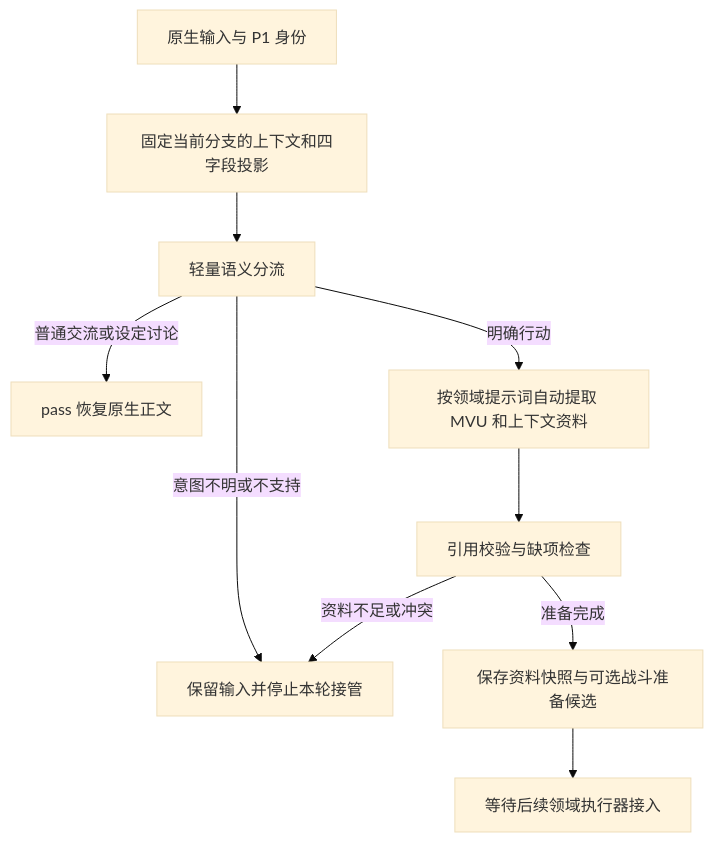
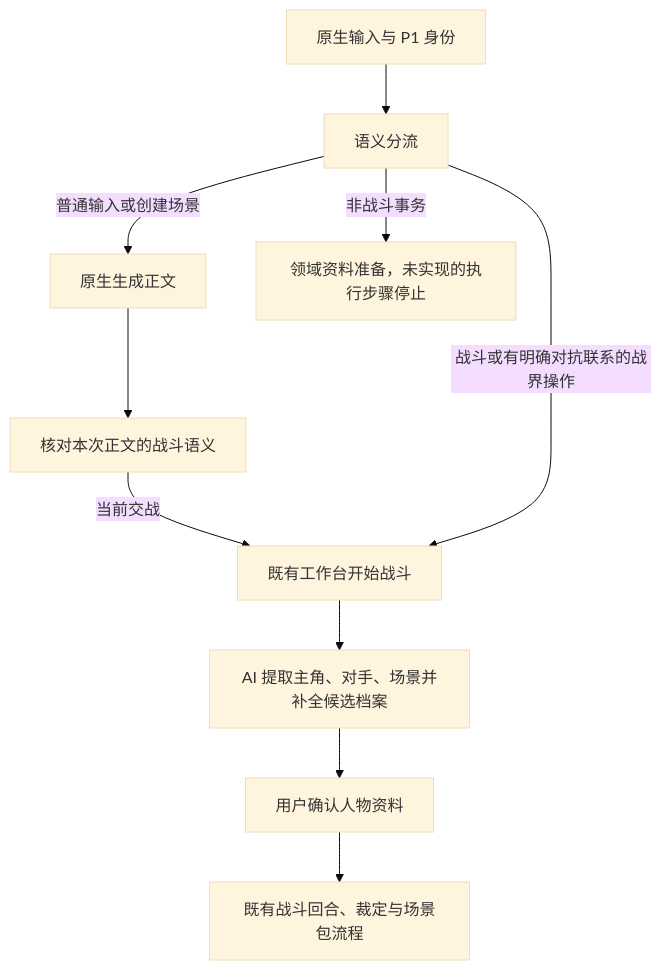
One commit to paff67/st-xybattle-sys changed the diagram in docs/event-automatic-preparation.md. Above: the diagram before and after it, drawn with Mermaid (base theme). The commit also changed other lines of this file and 48 other files, not shown here.

````diff
--- a/docs/event-automatic-preparation.md
+++ b/docs/event-automatic-preparation.md
@@ -40,12 +40,12 @@
 ```mermaid
 flowchart TD
-    A[原生输入与 P1 身份] --> B[固定当前分支的上下文和四字段投影]
-    B --> C[轻量语义分流]
-    C -->|普通交流或设定讨论| D[pass 恢复原生正文]
-    C -->|明确行动| E[按领域提示词自动提取 MVU 和上下文资料]
-    C -->|意图不明或不支持| F[保留输入并停止本轮接管]
-    E --> G[引用校验与缺项检查]
-    G -->|资料不足或冲突| F
-    G -->|准备完成| H[保存资料快照与可选战斗准备候选]
-    H --> I[等待后续领域执行器接入]
+    A[原生输入与 P1 身份] --> B[语义分流]
+    B -->|普通输入或创建场景| C[原生生成正文]
+    C --> D[核对本次正文的战斗语义]
+    D -->|当前交战| E[既有工作台开始战斗]
+    B -->|战斗或有明确对抗联系的战界操作| E
+    E --> F[AI 提取主角、对手、场景并补全候选档案]
+    F --> G[用户确认人物资料]
+    G --> H[既有战斗回合、裁定与场景包流程]
+    B -->|非战斗事务| I[领域资料准备，未实现的执行步骤停止]
 ```
````
